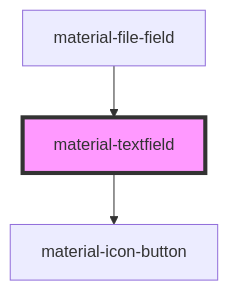
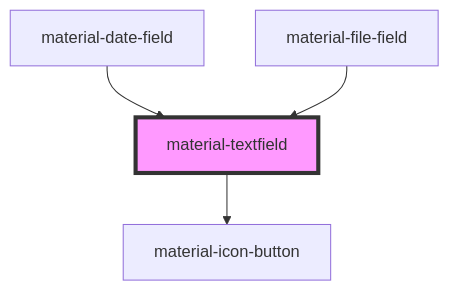
One commit to RobustaRush/material changed the diagram in src/components/material-textfield/readme.md. Above: the diagram before and after it, drawn with Mermaid. The commit also changed other lines of this file and 14 other files, not shown here.

First line of the commit message:
feat: material-calendar + material-date-field

````diff
--- a/src/components/material-textfield/readme.md
+++ b/src/components/material-textfield/readme.md
@@ -54,6 +55,7 @@
 ```mermaid
 graph TD;
   material-textfield --> material-icon-button
+  material-date-field --> material-textfield
   material-file-field --> material-textfield
   style material-textfield fill:#f9f,stroke:#333,stroke-width:4px
 ```
````
